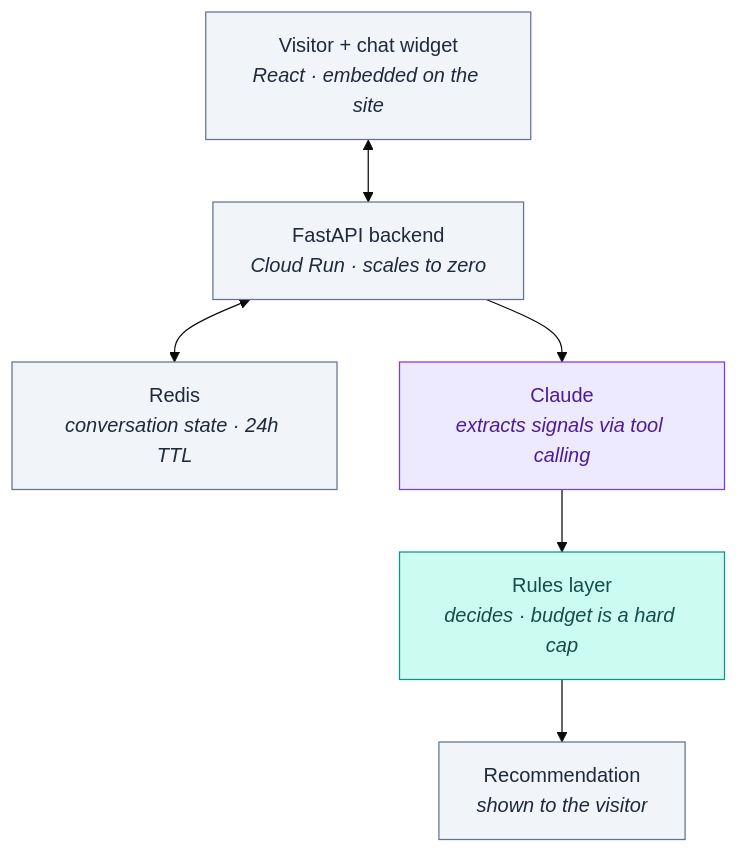
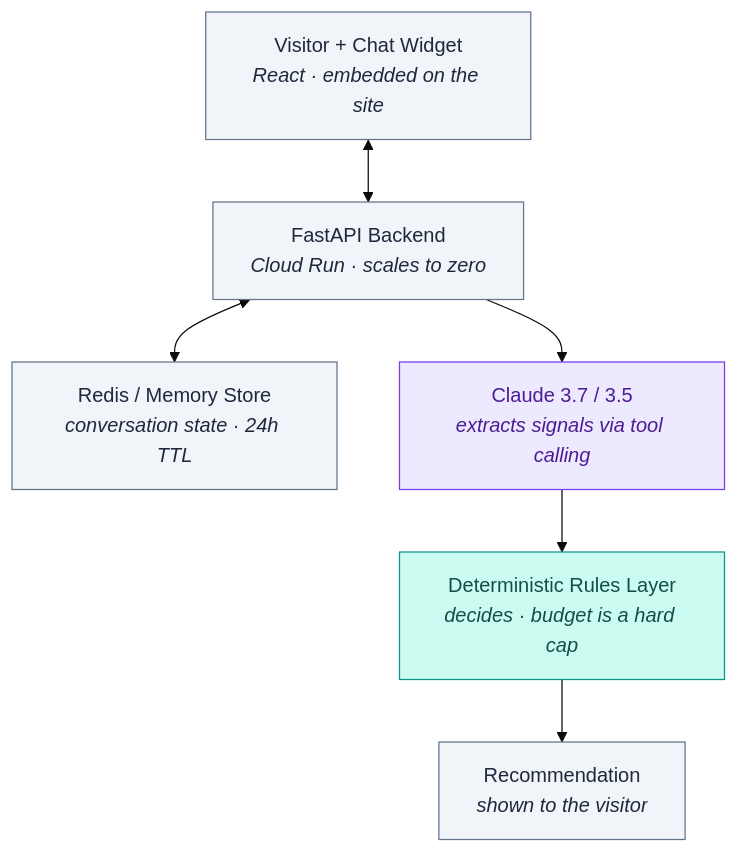
Before and after one commit to amandahervol-alt/Resume-Agent-: the diagram in README.md, drawn with Mermaid (base theme). The commit also changed other lines of this file and 9 other files, not shown here.

Commit message:
Upgrade Resume Recommendation Agent: React ChatWidget fix, interactive web portal, in-memory session fallback, live Claude tool calling + offline fallback, AGENTS.md guide, app runner, and automated tests

````diff
--- a/README.md
+++ b/README.md
@@ -22,15 +16,15 @@
 ```mermaid
 flowchart TD
-    A["Visitor + chat widget<br/><i>React · embedded on the site</i>"] <--> B["FastAPI backend<br/><i>Cloud Run · scales to zero</i>"]
-    B <--> R["Redis<br/><i>conversation state · 24h TTL</i>"]
-    B --> C["Claude<br/><i>extracts signals via tool calling</i>"]
-    C --> D["Rules layer<br/><i>decides · budget is a hard cap</i>"]
+    A["Visitor + Chat Widget<br/><i>React · embedded on the site</i>"] <--> B["FastAPI Backend<br/><i>Cloud Run · scales to zero</i>"]
+    B <--> R["Redis / Memory Store<br/><i>conversation state · 24h TTL</i>"]
+    B --> C["Claude 3.7 / 3.5<br/><i>extracts signals via tool calling</i>"]
+    C --> D["Deterministic Rules Layer<br/><i>decides · budget is a hard cap</i>"]
     D --> E["Recommendation<br/><i>shown to the visitor</i>"]
 
     classDef llm fill:#ede9fe,stroke:#7c3aed,color:#4c1d95;
     classDef code fill:#ccfbf1,stroke:#0d9488,color:#134e4a;
     classDef orch fill:#f1f5f9,stroke:#64748b,color:#1e293b;
     class A,B,R,E orch;
     class C llm;
     class D code;
 ```
````
